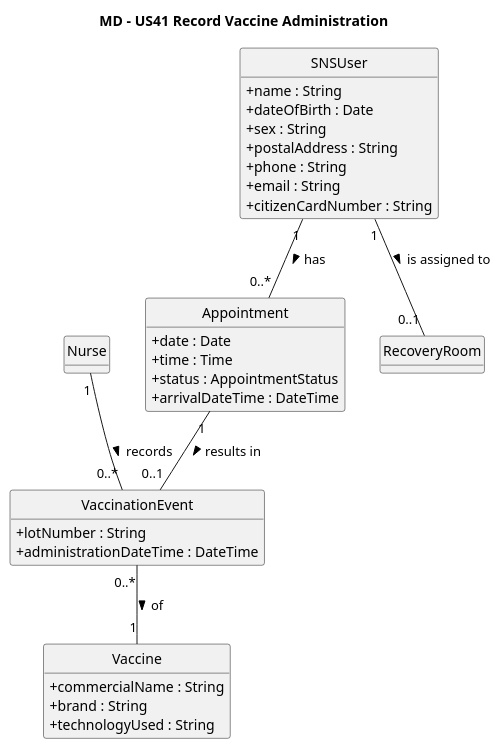
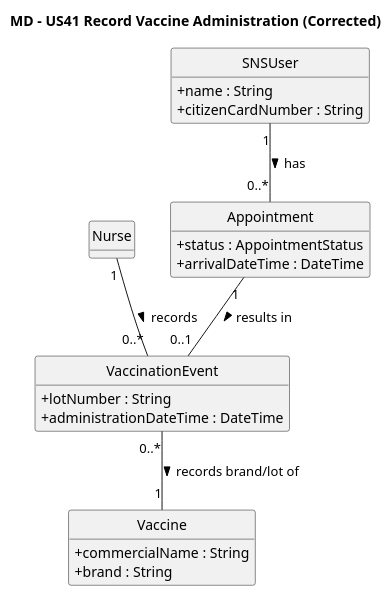
The diagram in docs/system-documentation/US41/puml/US41-DM.puml (luluisfcm/leti-esoft-25-26-B5), drawn with PlantUML before and after one commit. The commit also changed 5 other files, not shown here.

```diff
--- a/docs/system-documentation/US41/puml/US41-DM.puml
+++ b/docs/system-documentation/US41/puml/US41-DM.puml
@@ -1,52 +1,37 @@
 @startuml
-title MD – US41 Record Vaccine Administration
+title MD – US41 Record Vaccine Administration (Corrected)
 
 hide circle
 hide methods
 skinparam classAttributeIconSize 0
-
-' ===================== Classes =====================
 
 class Nurse {
 }
 
 class SNSUser {
   + name : String
-  + dateOfBirth : Date
-  + sex : String
-  + postalAddress : String
-  + phone : String
-  + email : String
   + citizenCardNumber : String
 }
 
 class Appointment {
-  + date : Date
-  + time : Time
   + status : AppointmentStatus
   + arrivalDateTime : DateTime
 }
 
 class VaccinationEvent {
   + lotNumber : String
   + administrationDateTime : DateTime
 }
 
 class Vaccine {
   + commercialName : String
   + brand : String
-  + technologyUsed : String
 }
 
-class RecoveryRoom {
-}
-
-' ===================== Associações =====================
-
+' Associações
 Nurse "1" -- "0..*" VaccinationEvent : records >
-VaccinationEvent "0..*" -- "1" Vaccine : of >
+VaccinationEvent "0..*" -- "1" Vaccine : records brand/lot of >
 Appointment "1" -- "0..1" VaccinationEvent : results in >
 SNSUser "1" -- "0..*" Appointment : has >
 
-SNSUser "1" -- "0..1" RecoveryRoom : is assigned to >
 @enduml
```
